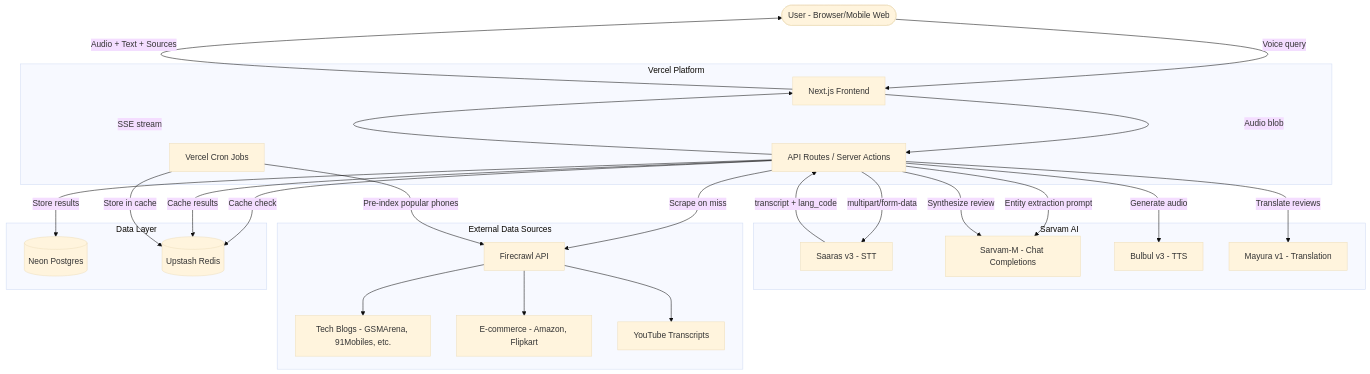
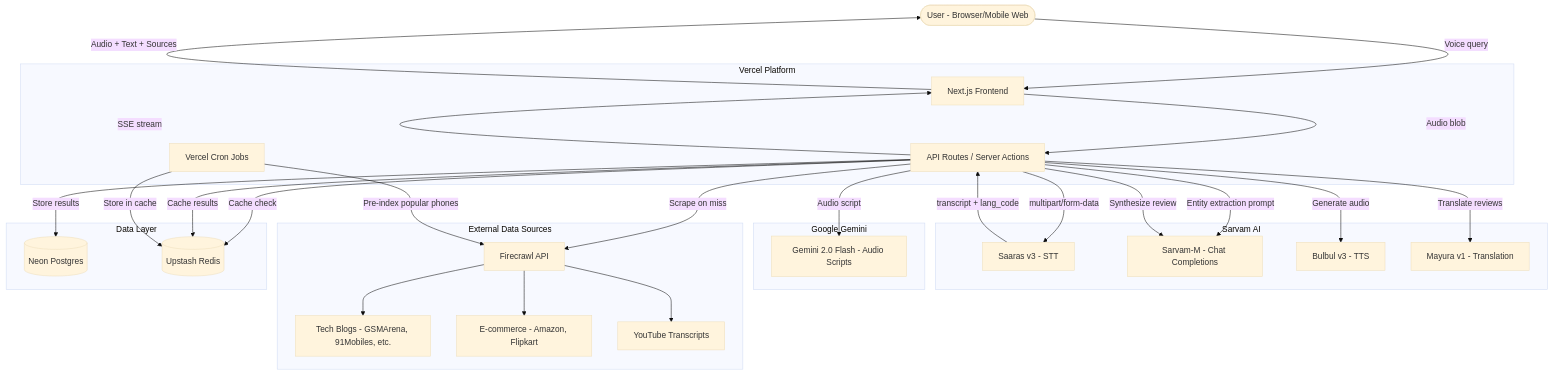
One commit to sivaratrisrinivas/sunkelo changed the diagram in docs/spec.md. Above: the diagram before and after it, drawn with Mermaid (base theme). The commit also changed other lines of this file and 12 other files, not shown here.

````diff
--- a/docs/spec.md
+++ b/docs/spec.md
@@ -63,49 +65,54 @@
 ```mermaid
 graph TB
     User([User - Browser/Mobile Web])
 
     subgraph Vercel["Vercel Platform"]
         FE[Next.js Frontend]
         API[API Routes / Server Actions]
         CRON[Vercel Cron Jobs]
     end
 
     subgraph Sarvam["Sarvam AI"]
         STT[Saaras v3 - STT]
         LLM[Sarvam-M - Chat Completions]
         TTS[Bulbul v3 - TTS]
         TRANSLATE[Mayura v1 - Translation]
+    end
+
+    subgraph Gemini["Google Gemini"]
+        GFLASH[Gemini 2.0 Flash - Audio Scripts]
     end
 
     subgraph External["External Data Sources"]
         FC[Firecrawl API]
         BLOGS[Tech Blogs - GSMArena, 91Mobiles, etc.]
         ECOM[E-commerce - Amazon, Flipkart]
         YT[YouTube Transcripts]
     end
 
     subgraph Data["Data Layer"]
         PG[(Neon Postgres)]
         REDIS[(Upstash Redis)]
     end
 
     User -->|Voice query| FE
     FE -->|Audio blob| API
     API -->|multipart/form-data| STT
     STT -->|transcript + lang_code| API
     API -->|Entity extraction prompt| LLM
     API -->|Cache check| REDIS
     API -->|Scrape on miss| FC
     FC --> BLOGS
     FC --> ECOM
     FC --> YT
     API -->|Translate reviews| TRANSLATE
     API -->|Synthesize review| LLM
+    API -->|Audio script| GFLASH
     API -->|Generate audio| TTS
     API -->|Store results| PG
     API -->|Cache results| REDIS
     API -->|SSE stream| FE
     FE -->|Audio + Text + Sources| User
     CRON -->|Pre-index popular phones| FC
     CRON -->|Store in cache| REDIS
 ```
````
